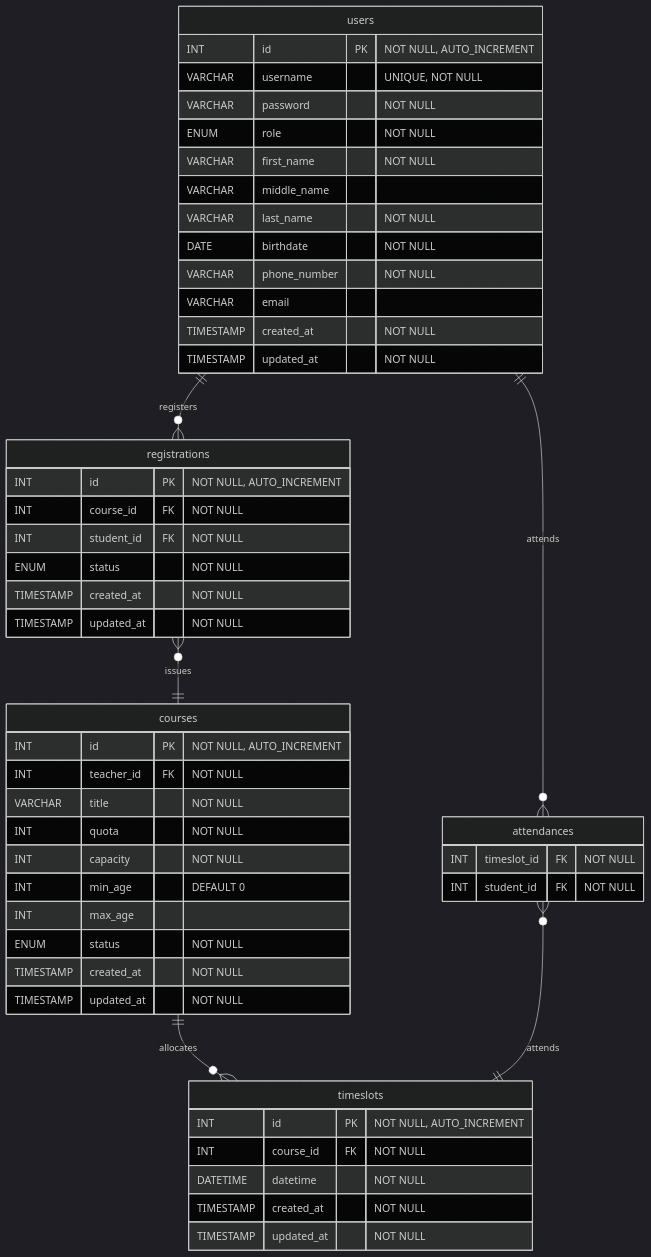
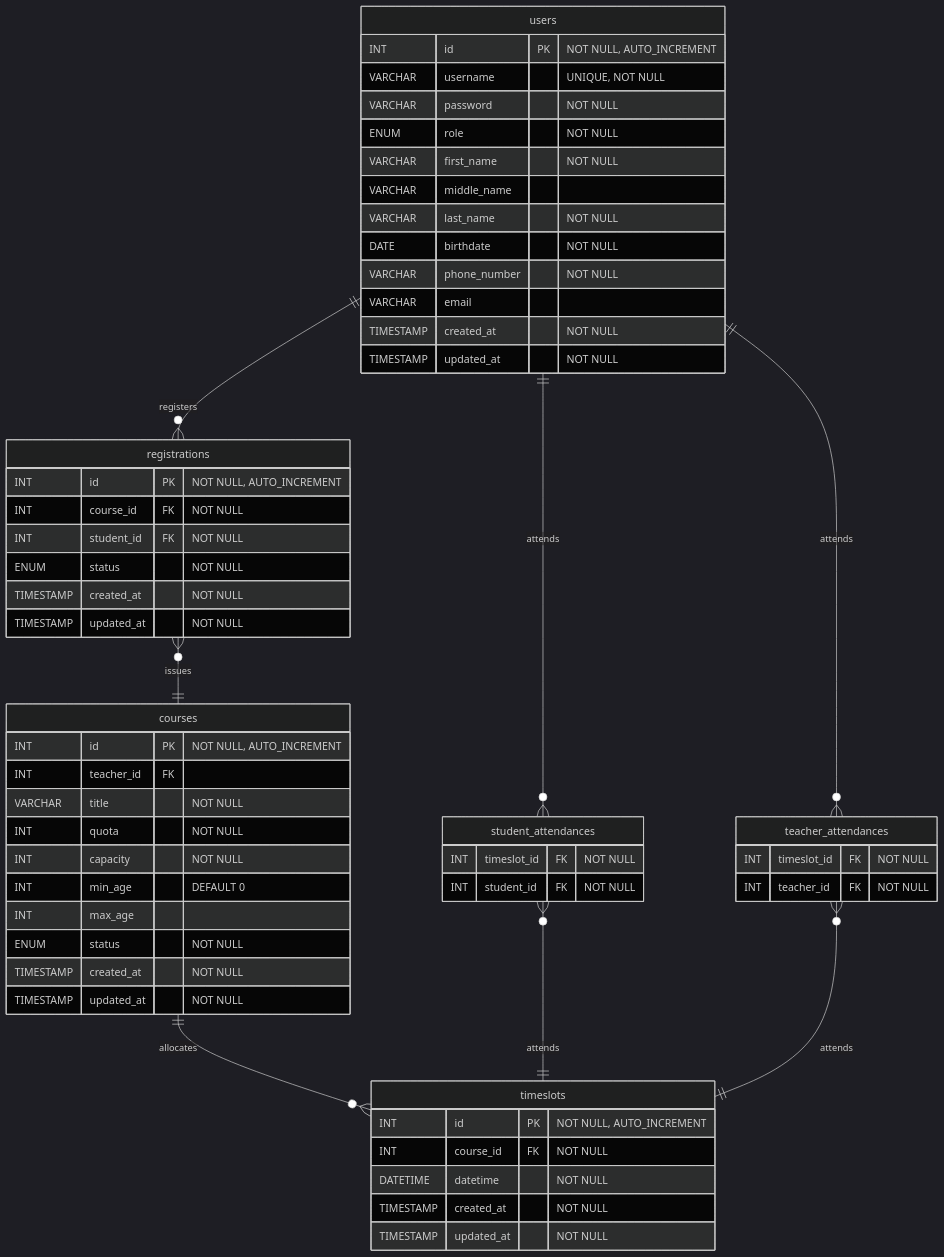
One commit to SaluteKevin/AQkid changed the diagram in Design/er.md. Above: the diagram before and after it, drawn with Mermaid (dark theme). The commit also changed 1 other file, not shown here.

Commit message:
Update database schema, use-cases

````diff
--- a/Design/er.md
+++ b/Design/er.md
@@ -3,59 +3,67 @@
 ```mermaid
 erDiagram
     users {
         INT id PK "NOT NULL, AUTO_INCREMENT"
         VARCHAR username "UNIQUE, NOT NULL"
         VARCHAR password "NOT NULL"
         ENUM role "NOT NULL"
         VARCHAR first_name "NOT NULL"
         VARCHAR middle_name
         VARCHAR last_name "NOT NULL"
         DATE birthdate "NOT NULL"
         VARCHAR phone_number "NOT NULL"
         VARCHAR email
         TIMESTAMP created_at "NOT NULL"
         TIMESTAMP updated_at "NOT NULL"
     }
 
     courses {
         INT id PK "NOT NULL, AUTO_INCREMENT"
-        INT teacher_id FK "NOT NULL"
+        INT teacher_id FK
         VARCHAR title "NOT NULL"
         INT quota "NOT NULL"
         INT capacity "NOT NULL"
         INT min_age "DEFAULT 0"
         INT max_age
         ENUM status "NOT NULL"
         TIMESTAMP created_at "NOT NULL"
         TIMESTAMP updated_at "NOT NULL"
     }
 
     registrations {
         INT id PK "NOT NULL, AUTO_INCREMENT"
         INT course_id FK "NOT NULL"
         INT student_id FK "NOT NULL"
         ENUM status "NOT NULL"
         TIMESTAMP created_at "NOT NULL"
         TIMESTAMP updated_at "NOT NULL"
     }
 
     timeslots {
         INT id PK "NOT NULL, AUTO_INCREMENT"
         INT course_id FK "NOT NULL"
         DATETIME datetime "NOT NULL"
         TIMESTAMP created_at "NOT NULL"
         TIMESTAMP updated_at "NOT NULL"
     }
 
-    attendances {
+    student_attendances {
         INT timeslot_id FK "NOT NULL"
         INT student_id FK "NOT NULL"
     }
 
+    teacher_attendances {
+        INT timeslot_id FK "NOT NULL"
+        INT teacher_id FK "NOT NULL"
+    }
+
     users ||--o{ registrations : registers
     registrations }o--|| courses : issues
+    courses ||--o{ timeslots : allocates
 
-    courses ||--o{ timeslots : allocates
-    users ||--o{ attendances  : attends
-    attendances }o--|| timeslots : attends
+    users ||--o{ student_attendances  : attends
+    student_attendances }o--|| timeslots : attends
+
+    users ||--o{ teacher_attendances  : attends
+    teacher_attendances }o--|| timeslots : attends
 ```
````
